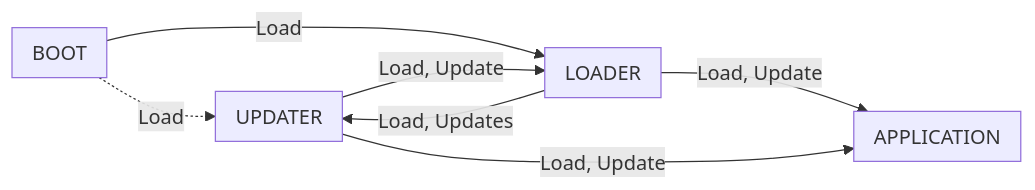
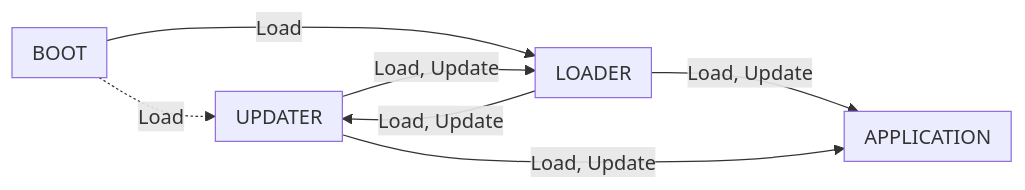
The diagram in README.md (akaDestrocore/stm32f4_bootloader), drawn with Mermaid before and after one commit.

````diff
--- a/README.md
+++ b/README.md
@@ -25,19 +25,19 @@
 ```mermaid
 graph LR
     subgraph BOOT
     end
     subgraph LOADER
     end
     subgraph APPLICATION
     end
     subgraph UPDATER
     end
 
     
     BOOT -->|Load| LOADER
     BOOT -.->|Load| UPDATER
     LOADER -->|Load, Update| APPLICATION
-    LOADER -->|Load, Updates| UPDATER
+    LOADER -->|Load, Update| UPDATER
     UPDATER -->|Load, Update| APPLICATION
     UPDATER -->|Load, Update| LOADER
 ```
````
